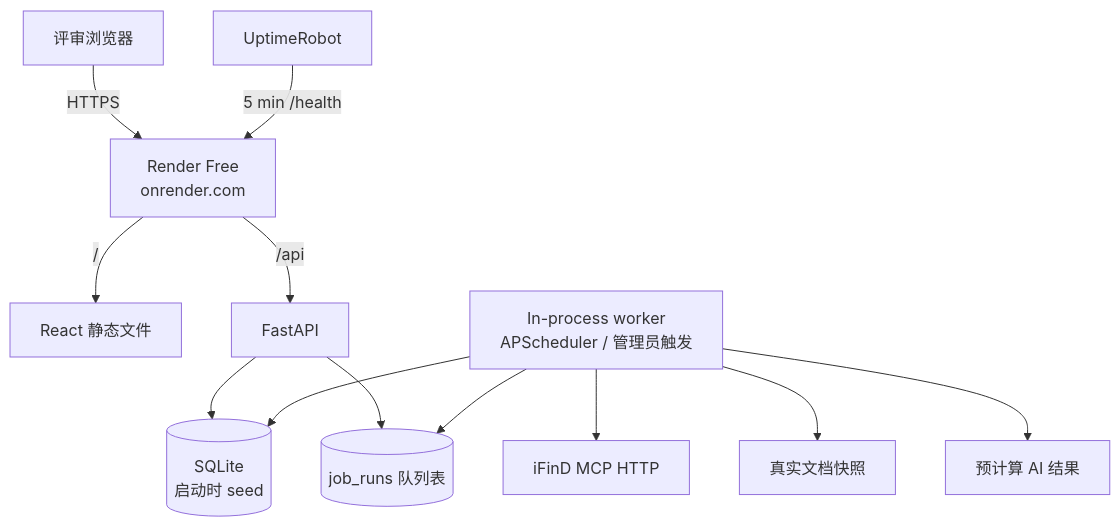
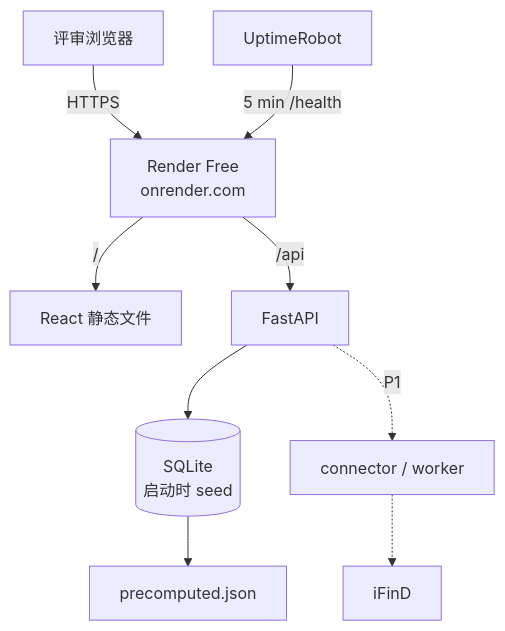
Before and after one commit to zjzjy/eventproof: the diagram in docs/01-零成本部署方案.md, drawn with Mermaid. The commit also changed other lines of this file and 10 other files, not shown here.

````diff
--- a/docs/01-零成本部署方案.md
+++ b/docs/01-零成本部署方案.md
@@ -21,14 +21,11 @@
 ```mermaid
 flowchart TB
   U[评审浏览器] -->|HTTPS| R[Render Free<br/>onrender.com]
   R -->|/| WEB[React 静态文件]
   R -->|/api| API[FastAPI]
   API --> DB[(SQLite<br/>启动时 seed)]
-  API --> JOBS[(job_runs 队列表)]
-  W[In-process worker<br/>APScheduler / 管理员触发] --> JOBS
-  W --> DB
-  W --> IFIND[iFinD MCP HTTP]
-  W --> FIX[真实文档快照]
-  W --> AI[预计算 AI 结果]
+  DB --> FIX[precomputed.json]
+  API -.P1.-> W[connector / worker]
+  W -.-> IFIND[iFinD]
   UT[UptimeRobot] -->|5 min /health| R
 ```
````
